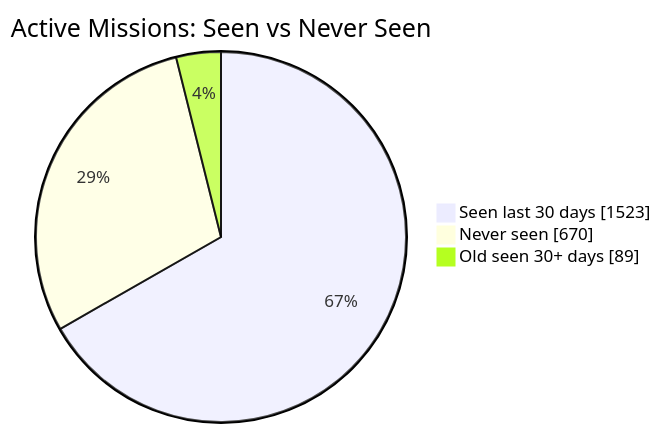
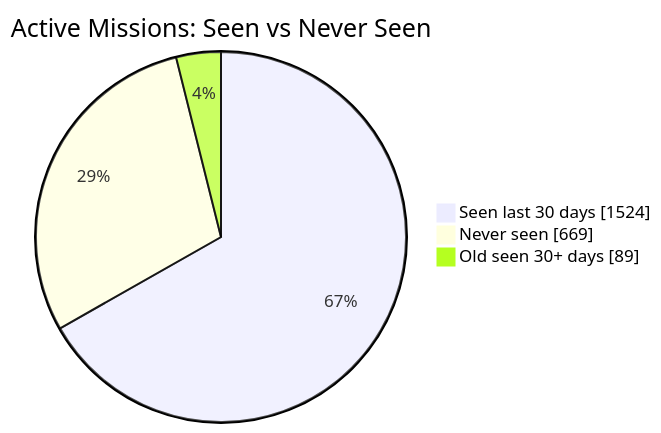
The first of 2 diagrams in README.md (MeldkamerspelGameTeam/active-missions), drawn with Mermaid before and after one commit. The commit also changed other lines of this file and 2 other files, not shown here.

````diff
--- a/README.md
+++ b/README.md
@@ -34,7 +34,7 @@
 ```mermaid
 pie showData
     title Active Missions: Seen vs Never Seen
-    "Seen last 30 days" : 1523
-    "Never seen" : 670
+    "Seen last 30 days" : 1524
+    "Never seen" : 669
     "Old seen 30+ days" : 89
 ```
````
